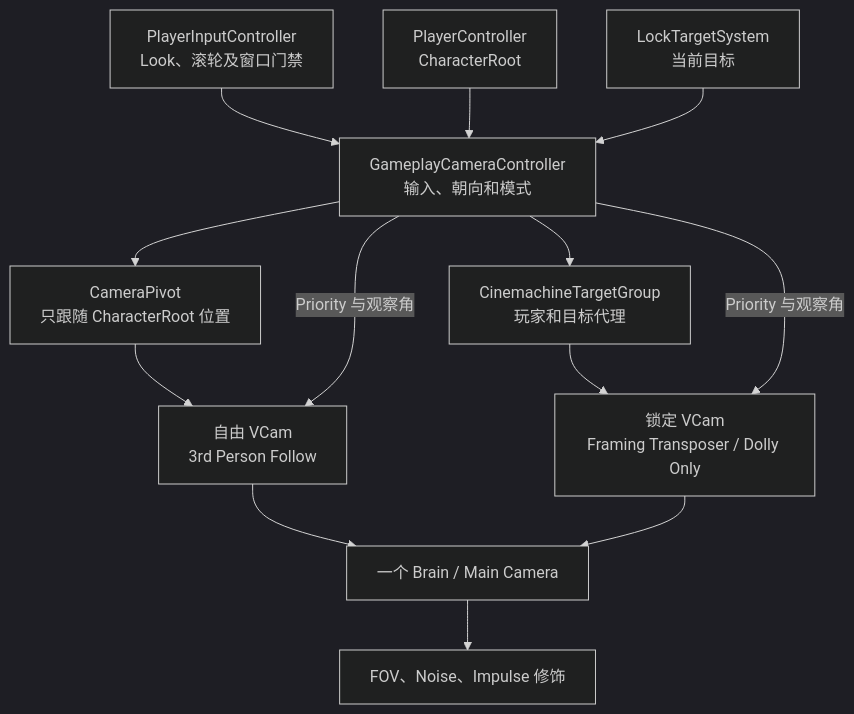
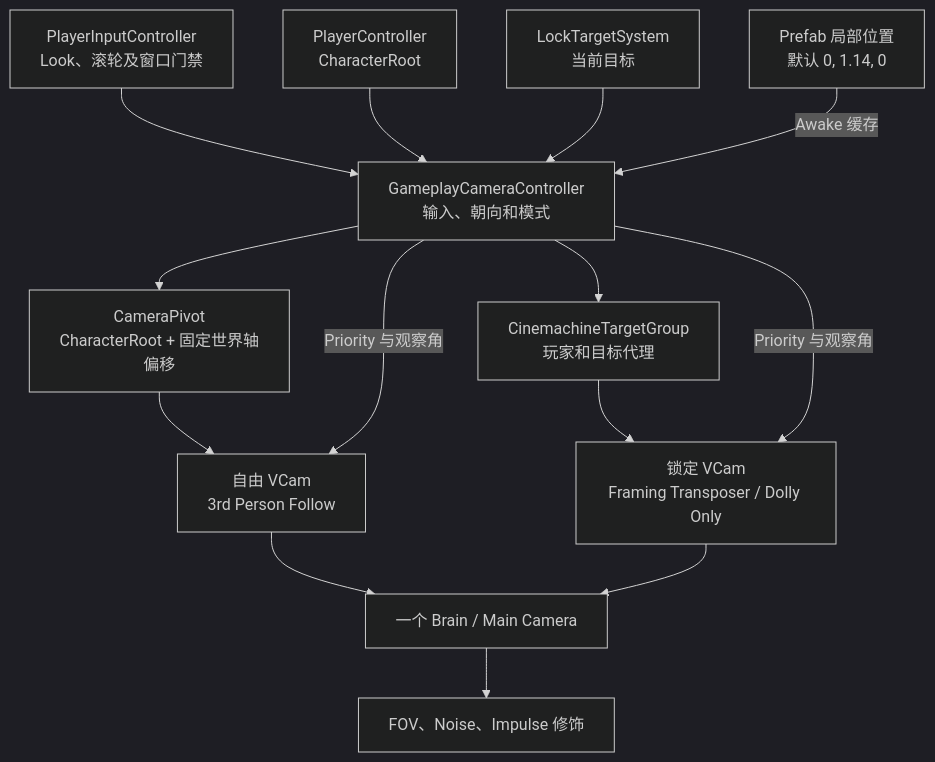
The diagram in Assets/Scripts/CameraSystem/ReadMe/GameplayCamera.md (Whitesheeeep/3DRPG), drawn with Mermaid (dark theme) before and after one commit. The commit also changed other lines of this file and 57 other files, not shown here.

````diff
--- a/Assets/Scripts/CameraSystem/ReadMe/GameplayCamera.md
+++ b/Assets/Scripts/CameraSystem/ReadMe/GameplayCamera.md
@@ -5,26 +5,27 @@
 ```mermaid
 flowchart TD
     Input["PlayerInputController<br/>Look、滚轮及窗口门禁"]
     Player["PlayerController<br/>CharacterRoot"]
     Lock["LockTargetSystem<br/>当前目标"]
     Controller["GameplayCameraController<br/>输入、朝向和模式"]
-    Pivot["CameraPivot<br/>只跟随 CharacterRoot 位置"]
+    Pivot["CameraPivot<br/>CharacterRoot + 固定世界轴偏移"]
     Group["CinemachineTargetGroup<br/>玩家和目标代理"]
     Free["自由 VCam<br/>3rd Person Follow"]
     Locked["锁定 VCam<br/>Framing Transposer / Dolly Only"]
     Brain["一个 Brain / Main Camera"]
     Mods["FOV、Noise、Impulse 修饰"]
 
     Input --> Controller
     Player --> Controller
     Lock --> Controller
+    PivotConfig["Prefab 局部位置<br/>默认 0, 1.14, 0"] -->|Awake 缓存| Controller
     Controller --> Pivot
     Controller --> Group
     Pivot --> Free
     Group --> Locked
     Controller -->|Priority 与观察角| Free
     Controller -->|Priority 与观察角| Locked
     Free --> Brain
     Locked --> Brain
     Brain --> Mods
 ```
````
